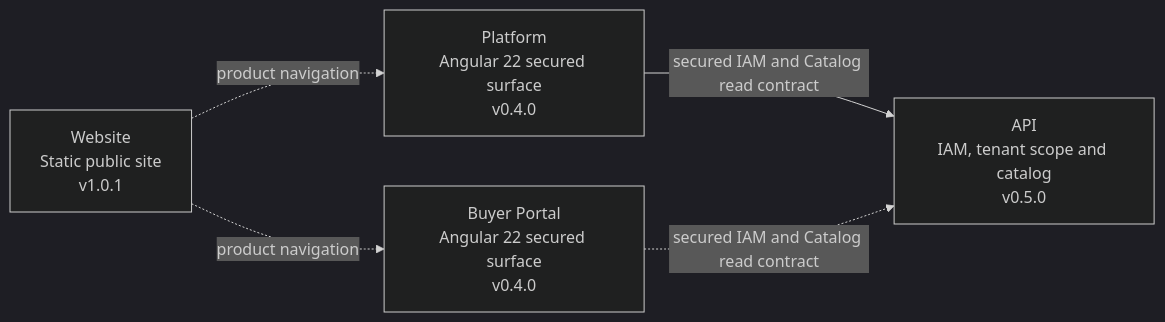
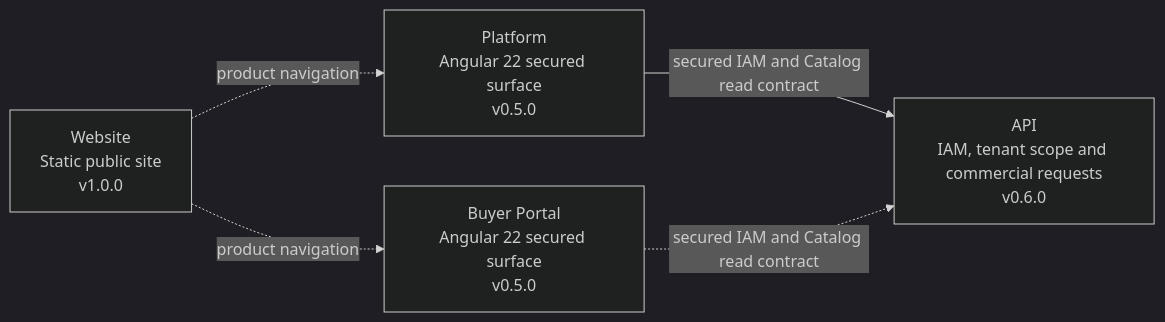
One commit to nexa-suite/platform changed the diagram in README.md. Above: the diagram before and after it, drawn with Mermaid (dark theme). The commit also changed other lines of this file and 18 other files, not shown here.

Commit message:
feat(commercial): consolidate platform foundation

````diff
--- a/README.md
+++ b/README.md
@@ -29,12 +29,12 @@
 ```mermaid
 flowchart LR
-    Website["Website<br/>Static public site<br/>v1.0.1"]
-    Platform["Platform<br/>Angular 22 secured surface<br/>v0.4.0"]
-    Portal["Buyer Portal<br/>Angular 22 secured surface<br/>v0.4.0"]
-    API["API<br/>IAM, tenant scope and catalog<br/>v0.5.0"]
+    Website["Website<br/>Static public site<br/>v1.0.0"]
+    Platform["Platform<br/>Angular 22 secured surface<br/>v0.5.0"]
+    Portal["Buyer Portal<br/>Angular 22 secured surface<br/>v0.5.0"]
+    API["API<br/>IAM, tenant scope and commercial requests<br/>v0.6.0"]
 
     Website -. "product navigation" .-> Platform
     Website -. "product navigation" .-> Portal
     Platform -->|"secured IAM and Catalog read contract"| API
     Portal -. "secured IAM and Catalog read contract" .-> API
 ```
````
